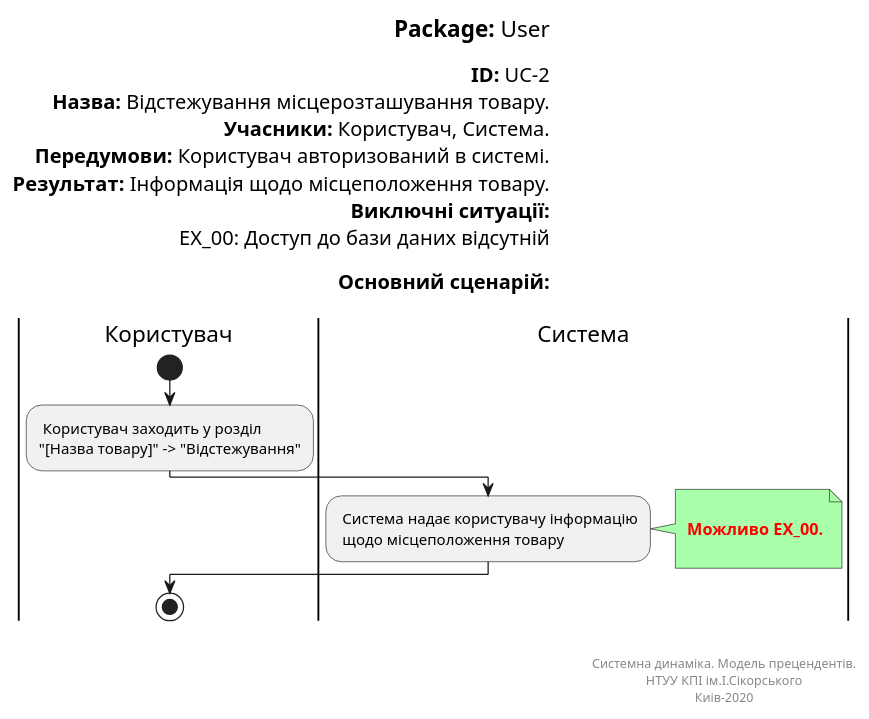
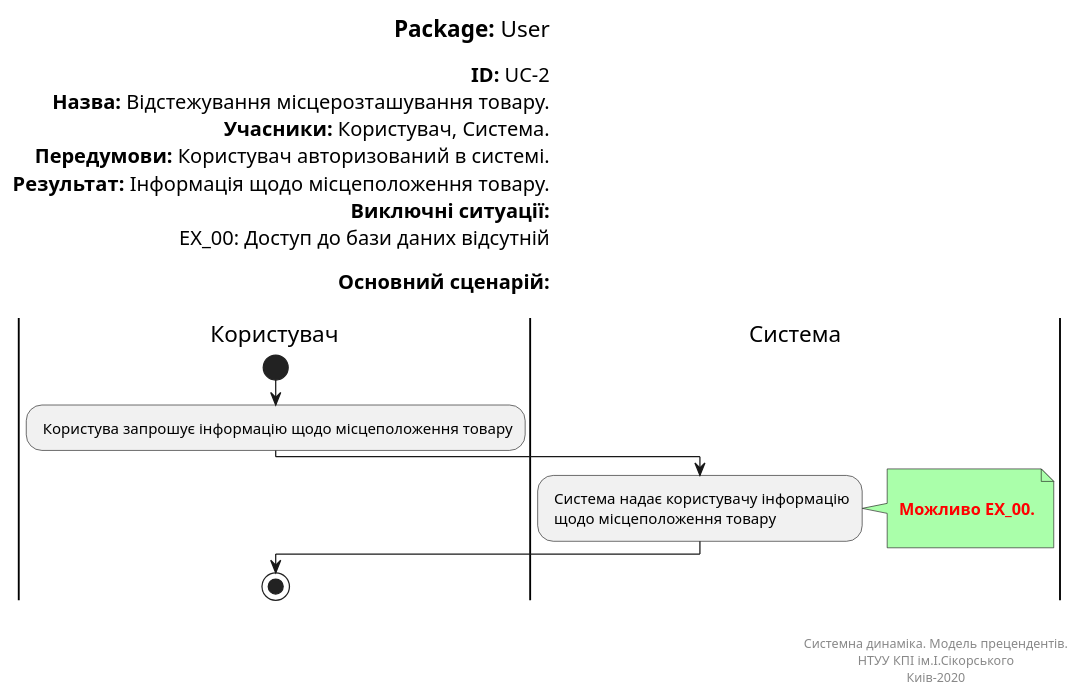
The diagram in Doc/UMLdiagrams/scenarios/user/Diagrams/UML/UC2.pu (kirilinsane/Team2), drawn with PlantUML before and after one commit.

```diff
--- a/Doc/UMLdiagrams/scenarios/user/Diagrams/UML/UC2.pu
+++ b/Doc/UMLdiagrams/scenarios/user/Diagrams/UML/UC2.pu
@@ -1,41 +1,40 @@
 @startuml
 left header
 <font color=000 size=18><b>Package:</b> User
 
 <font color=000 size=16><b>ID:</b> UC-2
 <font color=000 size=16><b>Назва:</b> Відстежування місцерозташування товару.
 <font color=000 size=16><b>Учасники:</b> Користувач, Система.
 <font color=000 size=16><b>Передумови:</b> Користувач авторизований в системі.
 <font color=000 size=16><b>Результат:</b> Інформація щодо місцеположення товару.
 <font color=000 size=16><b>Виключні ситуації:</b>
 <font color=000 size=16> EX_00: Доступ до бази даних відсутній
 
 <font color=000 size=16><b>Основний сценарій:</b>
 
 end header
 
 |Користувач|
 start
-: Користувач заходить у розділ 
-"[Назва товару]" -> "Відстежування";
+: Користува запрошує інформацію щодо місцеположення товару;
 
 |Система|
 : Система надає користувачу інформацію
  щодо місцеположення товару;
 note right #aaffaa
 
 <font color=red><b> Можливо EX_00.
 
 end note
 
 |Користувач|
 stop;
 
 right footer
 
 
 Системна динаміка. Модель прецендентів.
 НТУУ КПІ ім.І.Сікорського
 Киів-2020
 end footer
 @enduml
```
